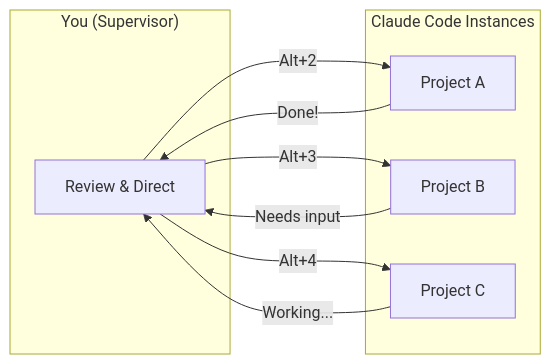
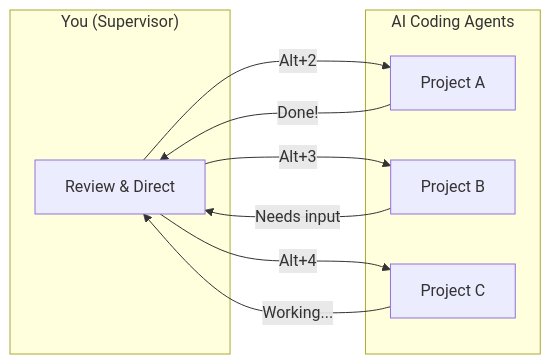
Before and after one commit to tsilva/agentpong: the diagram in README.md, drawn with Mermaid. The commit also changed other lines of this file, not shown here.

First line of the commit message:
docs: update README for multi-tool parity (Claude Code, Codex CLI, OpenCode)

````diff
--- a/README.md
+++ b/README.md
@@ -53,20 +53,20 @@
 ```mermaid
 graph LR
     subgraph You["You (Supervisor)"]
         Review["Review & Direct"]
     end
 
-    subgraph Agents["Claude Code Instances"]
+    subgraph Agents["AI Coding Agents"]
         A1["Project A"]
         A2["Project B"]
         A3["Project C"]
     end
 
     Review -->|"Alt+2"| A1
     Review -->|"Alt+3"| A2
     Review -->|"Alt+4"| A3
 
     A1 -->|"Done!"| Review
     A2 -->|"Needs input"| Review
     A3 -->|"Working..."| Review
 ```
````
